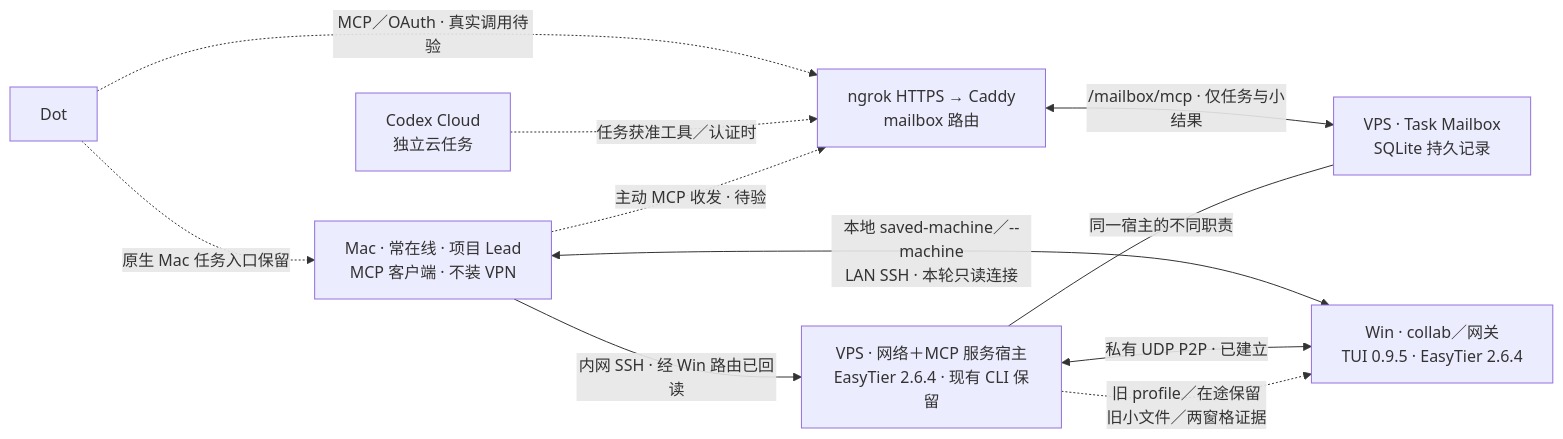
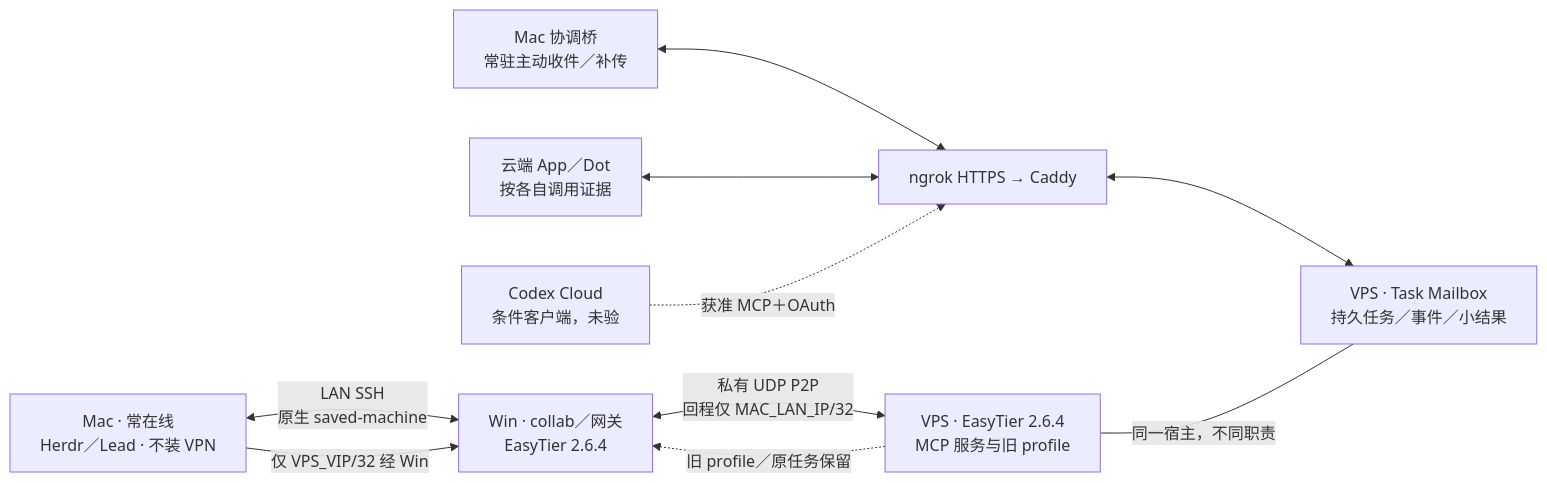
One commit to CF-FE/herdr-4-codexcloud changed the diagram in docs/networking-plan.md. Above: the diagram before and after it, drawn with Mermaid. The commit also changed other lines of this file and 2 other files, not shown here.

Commit message:
docs: consolidate architecture network and VPS ownership

````diff
--- a/docs/networking-plan.md
+++ b/docs/networking-plan.md
@@ -30,13 +21,12 @@
 ```mermaid
 flowchart LR
-    D["Dot"] -.->|"原生 Mac 任务入口保留"| M["Mac · 常在线 · 项目 Lead<br/>MCP 客户端 · 不装 VPN"]
-    D -.->|"MCP／OAuth · 真实调用待验"| H["ngrok HTTPS → Caddy<br/>mailbox 路由"]
-    C["Codex Cloud<br/>独立云任务"] -.->|"任务获准工具／认证时"| H
-    M -.->|"主动 MCP 收发 · 待验"| H
-    H <-->|"/mailbox/mcp · 仅任务与小结果"| B["VPS · Task Mailbox<br/>SQLite 持久记录"]
-    M <-->|"本地 saved-machine／--machine<br/>LAN SSH · 本轮只读连接"| W["Win · collab／网关<br/>TUI 0.9.5 · EasyTier 2.6.4"]
-    V["VPS · 网络＋MCP 服务宿主<br/>EasyTier 2.6.4 · 现有 CLI 保留"] <-->|"私有 UDP P2P · 已建立"| W
-    V ---|"同一宿主的不同职责"| B
-    M -->|"内网 SSH · 经 Win 路由已回读"| V
-    V -.->|"旧 profile／在途保留<br/>旧小文件／两窗格证据"| W
+    M["Mac · 常在线<br/>Herdr／Lead · 不装 VPN"] <-->|"LAN SSH<br/>原生 saved-machine"| W["Win · collab／网关<br/>EasyTier 2.6.4"]
+    M -->|"仅 VPS_VIP/32 经 Win"| W
+    W <-->|"私有 UDP P2P<br/>回程仅 MAC_LAN_IP/32"| V["VPS · EasyTier 2.6.4<br/>MCP 服务与旧 profile"]
+    B["Mac 协调桥<br/>常驻主动收件／补传"] <--> H["ngrok HTTPS → Caddy"]
+    D["云端 App／Dot<br/>按各自调用证据"] <--> H
+    C["Codex Cloud<br/>条件客户端，未验"] -.->|"获准 MCP＋OAuth"| H
+    H <--> S["VPS · Task Mailbox<br/>持久任务／事件／小结果"]
+    V ---|"同一宿主，不同职责"| S
+    V -.->|"旧 profile／原任务保留"| W
 ```
````
